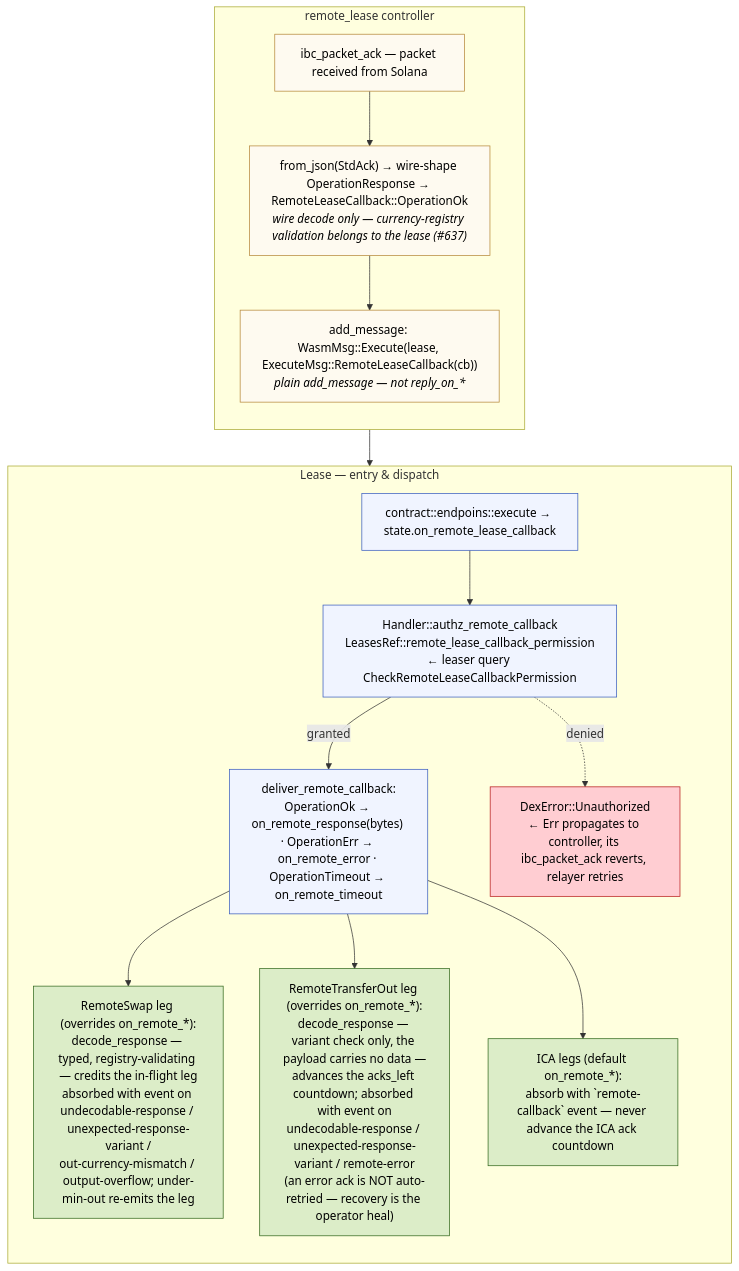
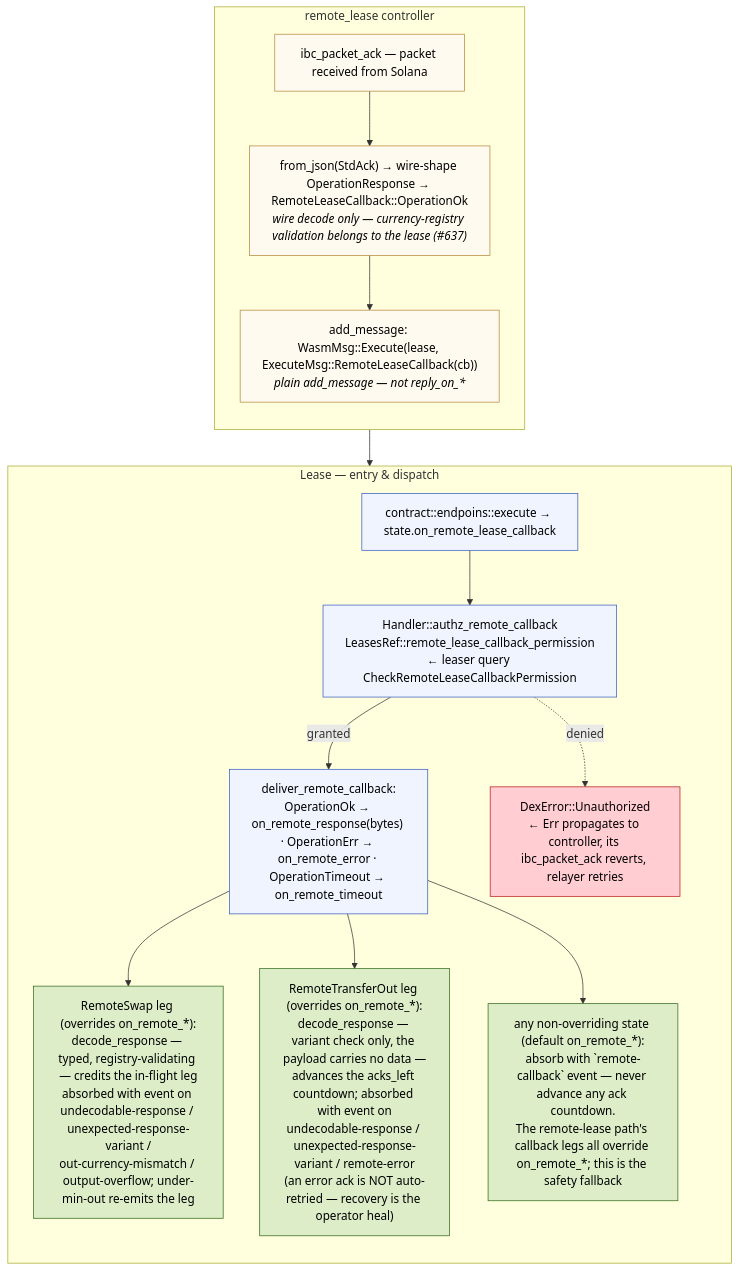
Before and after one commit to nolus-protocol/nolus-money-market: the first of 2 diagrams in protocol/docs/remote-lease-callback-flow.md, drawn with Mermaid. The commit also changed other lines of this file and 32 other files, not shown here.

First line of the commit message:
feat(remote-lease): fund opening and repay over the transfer channel

````diff
--- a/protocol/docs/remote-lease-callback-flow.md
+++ b/protocol/docs/remote-lease-callback-flow.md
@@ -19,32 +20,32 @@
 ```mermaid
 flowchart TD
     classDef ctrl   fill:#fefaf0,stroke:#b6883a,color:#000;
     classDef lease  fill:#f0f4ff,stroke:#3a5dbe,color:#000;
     classDef ok     fill:#dcedc8,stroke:#33691e,color:#000;
     classDef err    fill:#ffcdd2,stroke:#b71c1c,color:#000;
 
     subgraph Controller[remote_lease controller]
         direction TB
         Ack["ibc_packet_ack — packet received from Solana"]:::ctrl
         Decode["from_json(StdAck) → wire-shape OperationResponse → RemoteLeaseCallback::OperationOk<br/><i>wire decode only — currency-registry validation belongs to the lease (#637)</i>"]:::ctrl
         WasmExec["add_message: WasmMsg::Execute(lease, ExecuteMsg::RemoteLeaseCallback(cb))<br/><i>plain add_message — not reply_on_*</i>"]:::ctrl
         Ack --> Decode --> WasmExec
     end
 
     subgraph LeaseEntry[Lease — entry & dispatch]
         direction TB
         ExecEntry["contract::endpoins::execute → state.on_remote_lease_callback"]:::lease
         Auth["Handler::authz_remote_callback<br/>LeasesRef::remote_lease_callback_permission<br/>← leaser query CheckRemoteLeaseCallbackPermission"]:::lease
         Classify["deliver_remote_callback:<br/>OperationOk → on_remote_response(bytes) · OperationErr → on_remote_error · OperationTimeout → on_remote_timeout"]:::lease
         RemoteLeg["RemoteSwap leg (overrides on_remote_*):<br/>decode_response — typed, registry-validating — credits the in-flight leg<br/>absorbed with event on undecodable-response / unexpected-response-variant /<br/>out-currency-mismatch / output-overflow; under-min-out re-emits the leg"]:::ok
         DrainLeg["RemoteTransferOut leg (overrides on_remote_*):<br/>decode_response — variant check only, the payload carries no data —<br/>advances the acks_left countdown; absorbed with event on<br/>undecodable-response / unexpected-response-variant / remote-error<br/>(an error ack is NOT auto-retried — recovery is the operator heal)"]:::ok
-        IcaLeg["ICA legs (default on_remote_*):<br/>absorb with `remote-callback` event — never advance the ICA ack countdown"]:::ok
+        DefaultLeg["any non-overriding state (default on_remote_*):<br/>absorb with `remote-callback` event — never advance any ack countdown.<br/>The remote-lease path's callback legs all override on_remote_*; this is the safety fallback"]:::ok
         ExecEntry --> Auth -->|granted| Classify
         Classify --> RemoteLeg
         Classify --> DrainLeg
-        Classify --> IcaLeg
+        Classify --> DefaultLeg
         Auth -. denied .-> AuthErr["DexError::Unauthorized<br/>← Err propagates to controller, its ibc_packet_ack reverts, relayer retries"]:::err
     end
 
     WasmExec --> ExecEntry
 ```
````
